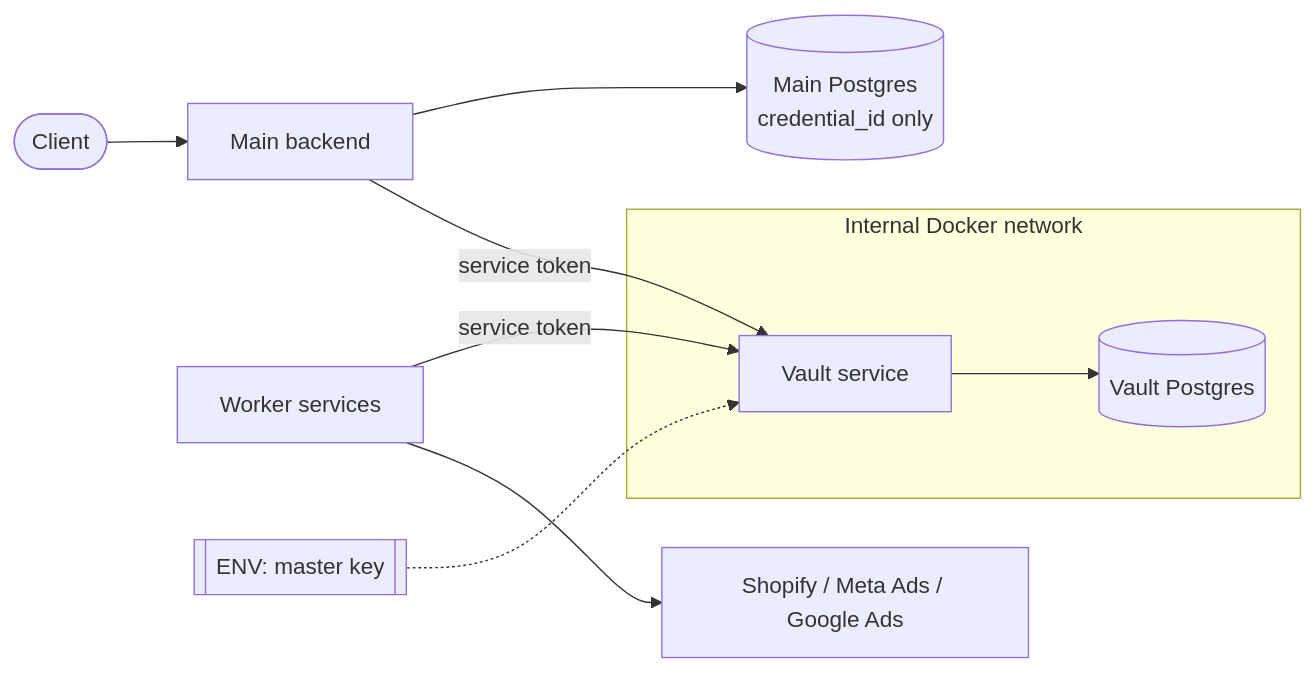
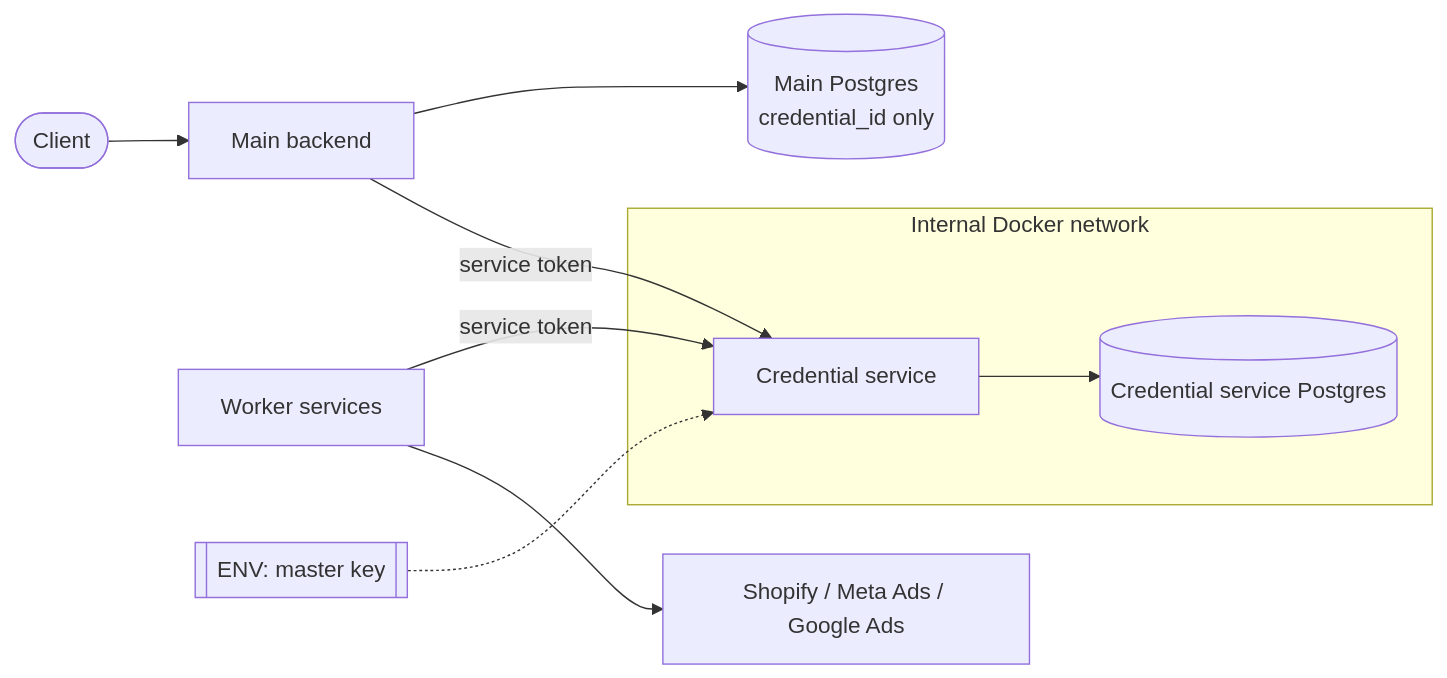
Before and after one commit to marianhupalo4/test-task: the first of 4 diagrams in docs/srs.md, drawn with Mermaid. The commit also changed other lines of this file and 16 other files, not shown here.

Commit message:
rename vault to credential service

````diff
--- a/docs/srs.md
+++ b/docs/srs.md
@@ -25,14 +25,14 @@
 ```mermaid
 flowchart LR
     Client([Client]) --> Backend[Main backend]
     Backend --> MainDB[(Main Postgres<br/>credential_id only)]
     subgraph internal[Internal Docker network]
-        Vault[Vault service]
-        VaultDB[(Vault Postgres)]
-        Vault --> VaultDB
+        CS[Credential service]
+        CSDB[(Credential service Postgres)]
+        CS --> CSDB
     end
-    Backend -- service token --> Vault
-    Worker[Worker services] -- service token --> Vault
+    Backend -- service token --> CS
+    Worker[Worker services] -- service token --> CS
     Worker --> Providers[Shopify / Meta Ads / Google Ads]
-    Env[[ENV: master key]] -.-> Vault
+    Env[[ENV: master key]] -.-> CS
 ```
````
